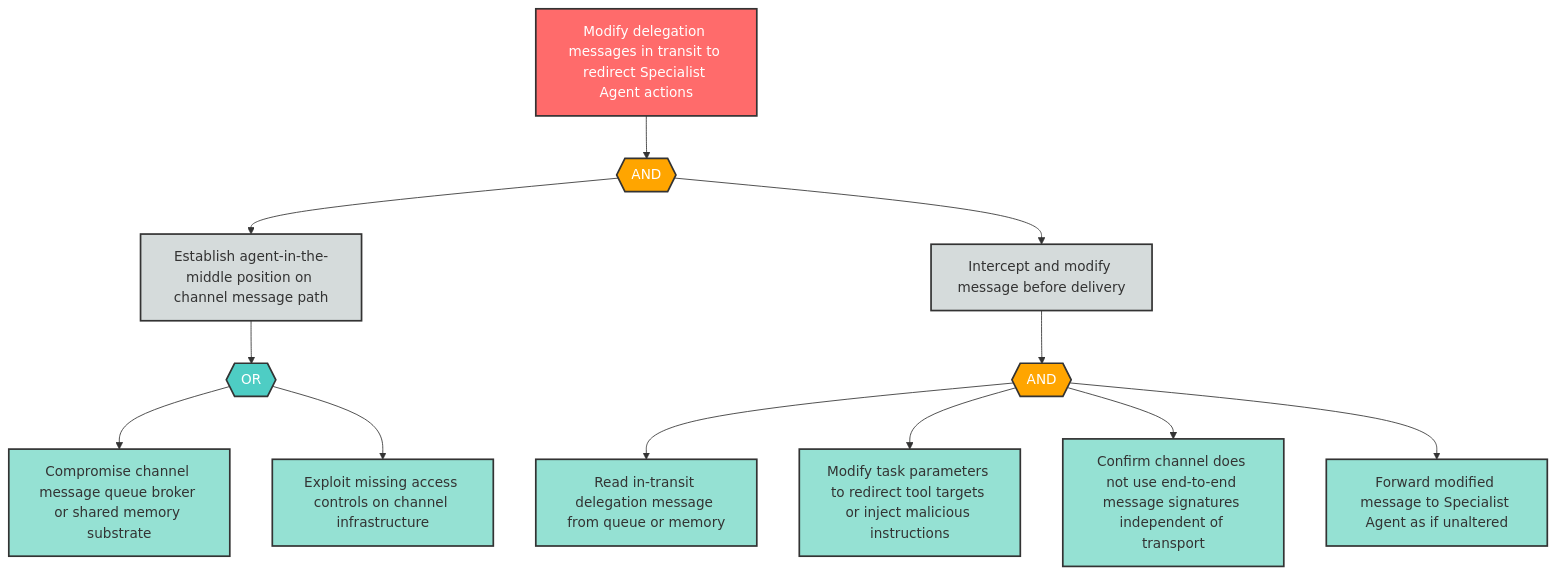
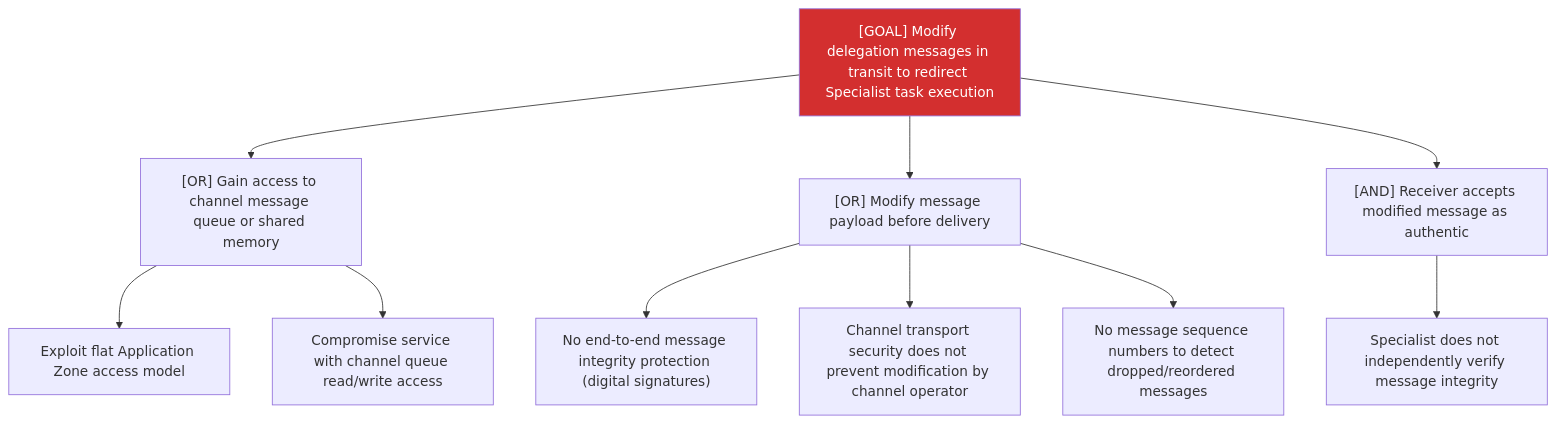
The diagram in examples/agentic-app/sample-report/attack-trees/t-4-attack-tree.md (q-qp-p/davidmatousek-tachi), drawn with Mermaid before and after one commit. The commit also changed other lines of this file and 132 other files, not shown here.

````diff
--- a/examples/agentic-app/sample-report/attack-trees/t-4-attack-tree.md
+++ b/examples/agentic-app/sample-report/attack-trees/t-4-attack-tree.md
@@ -8,39 +7,15 @@
 ```mermaid
-flowchart TD
-    T4_root["Modify delegation messages in transit to redirect Specialist Agent actions"]
-    T4_and1{{"AND"}}
-    T4_sub1["Establish agent-in-the-middle position on channel message path"]
-    T4_sub2["Intercept and modify message before delivery"]
-    T4_or1{{"OR"}}
-    T4_leaf1["Compromise channel message queue broker or shared memory substrate"]
-    T4_leaf2["Exploit missing access controls on channel infrastructure"]
-    T4_and2{{"AND"}}
-    T4_leaf3["Read in-transit delegation message from queue or memory"]
-    T4_leaf4["Modify task parameters to redirect tool targets or inject malicious instructions"]
-    T4_leaf5["Confirm channel does not use end-to-end message signatures independent of transport"]
-    T4_leaf6["Forward modified message to Specialist Agent as if unaltered"]
-
-    T4_root --> T4_and1
-    T4_and1 --> T4_sub1
-    T4_and1 --> T4_sub2
-    T4_sub1 --> T4_or1
-    T4_or1 --> T4_leaf1
-    T4_or1 --> T4_leaf2
-    T4_sub2 --> T4_and2
-    T4_and2 --> T4_leaf3
-    T4_and2 --> T4_leaf4
-    T4_and2 --> T4_leaf5
-    T4_and2 --> T4_leaf6
-
-    classDef goal fill:#ff6b6b,stroke:#333,stroke-width:2px,color:#fff
-    classDef andGate fill:#ffa500,stroke:#333,stroke-width:2px,color:#fff
-    classDef orGate fill:#4ecdc4,stroke:#333,stroke-width:2px,color:#fff
-    classDef subGoal fill:#d5dbdb,stroke:#333,stroke-width:2px,color:#333
-    classDef leaf fill:#95e1d3,stroke:#333,stroke-width:2px,color:#333
-
-    class T4_root goal
-    class T4_and1,T4_and2 andGate
-    class T4_or1 orGate
-    class T4_sub1,T4_sub2 subGoal
-    class T4_leaf1,T4_leaf2,T4_leaf3,T4_leaf4,T4_leaf5,T4_leaf6 leaf
+graph TD
+    Goal["[GOAL] Modify delegation messages in transit to redirect Specialist task execution"]
+    Goal --> A["[OR] Gain access to channel message queue or shared memory"]
+    A --> A1["Exploit flat Application Zone access model"]
+    A --> A2["Compromise service with channel queue read/write access"]
+    Goal --> B["[OR] Modify message payload before delivery"]
+    B --> B1["No end-to-end message integrity protection (digital signatures)"]
+    B --> B2["Channel transport security does not prevent modification by channel operator"]
+    B --> B3["No message sequence numbers to detect dropped/reordered messages"]
+    Goal --> C["[AND] Receiver accepts modified message as authentic"]
+    C --> C1["Specialist does not independently verify message integrity"]
+    classDef critical fill:#d32f2f,color:#fff
+    class Goal critical
 ```
````
